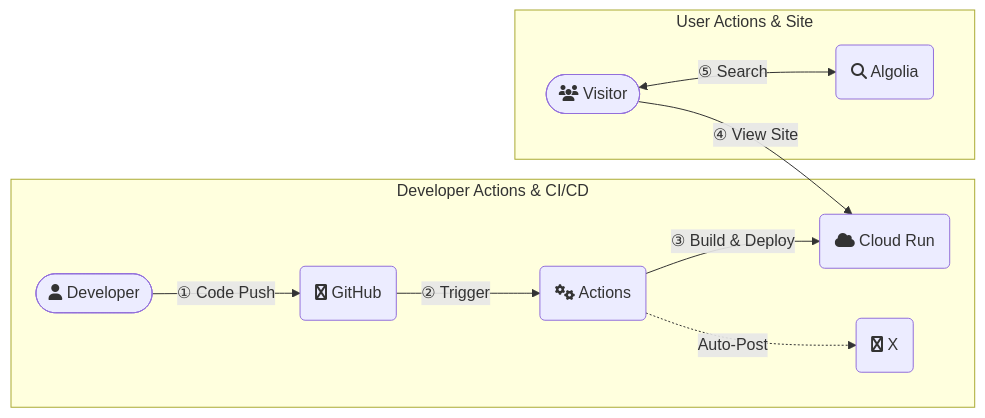
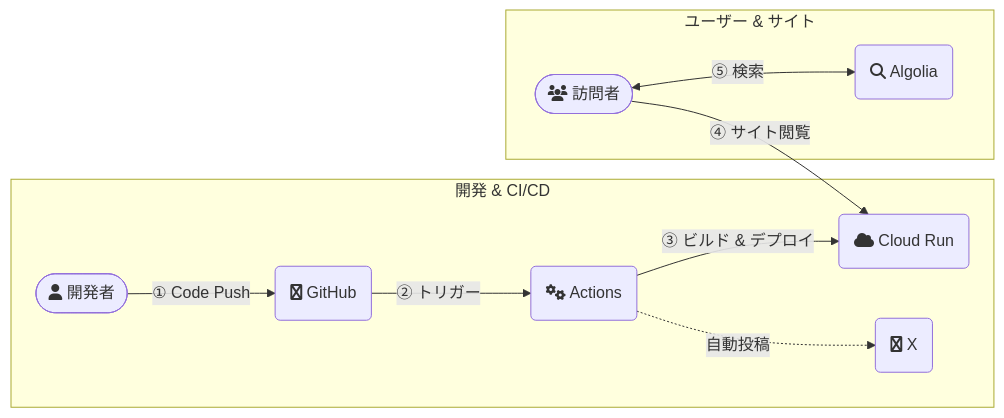
Before and after one commit to hiroaki-com/hkdocs: the diagram in README.md, drawn with Mermaid. The commit also changed other lines of this file and 1 other file, not shown here.

````diff
--- a/README.md
+++ b/README.md
@@ -45,14 +43,14 @@
 ```mermaid
 graph LR
-    subgraph "Developer Actions & CI/CD"
-        Developer([fa:fa-user Developer]) -- "① Code Push" --> GitHub(fa:fa-github GitHub)
-        GitHub -- "② Trigger" --> Actions(fa:fa-cogs Actions)
-        Actions -- "③ Build & Deploy" --> CR(fa:fa-cloud Cloud Run)
-        Actions -.-> |Auto-Post| X(fa:fa-twitter X)
+    subgraph "開発 & CI/CD"
+        Developer([fa:fa-user 開発者]) -- "① Code Push" --> GitHub(fa:fa-github GitHub)
+        GitHub -- "② トリガー" --> Actions(fa:fa-cogs Actions)
+        Actions -- "③ ビルド & デプロイ" --> CR(fa:fa-cloud Cloud Run)
+        Actions -.-> |自動投稿| X(fa:fa-twitter X)
     end
 
-    subgraph "User Actions & Site"
-        Visitor([fa:fa-users Visitor]) -- "④ View Site" --> CR
-        Visitor -- "⑤ Search" <--> Algolia(fa:fa-search Algolia)
+    subgraph "ユーザー & サイト"
+        Visitor([fa:fa-users 訪問者]) -- "④ サイト閲覧" --> CR
+        Visitor -- "⑤ 検索" <--> Algolia(fa:fa-search Algolia)
     end
 ```
````
